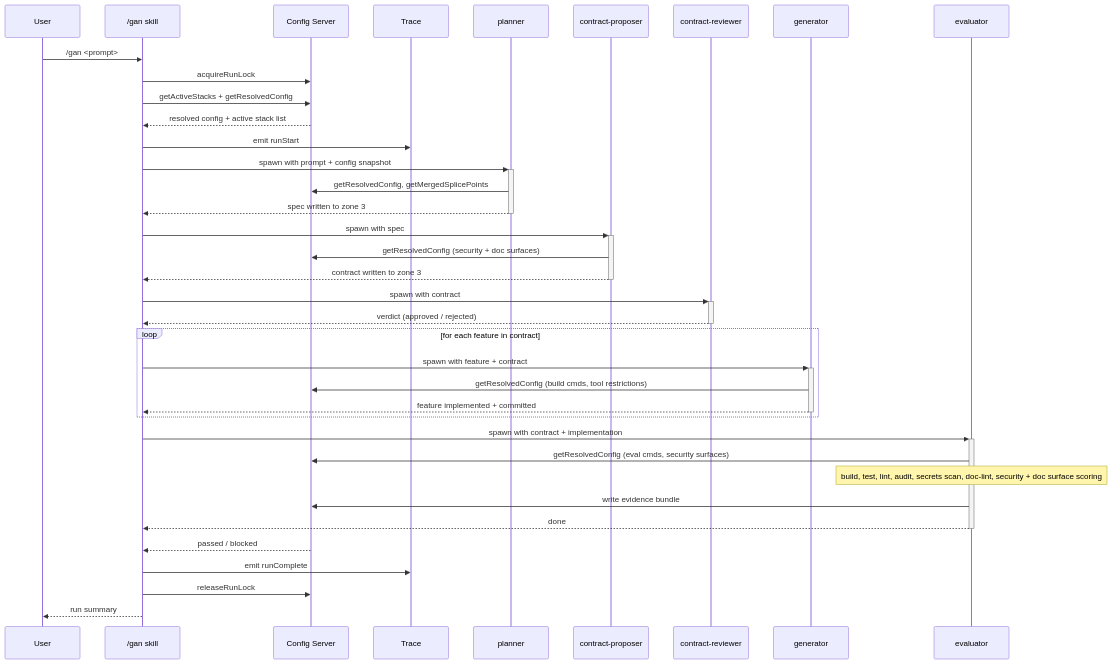
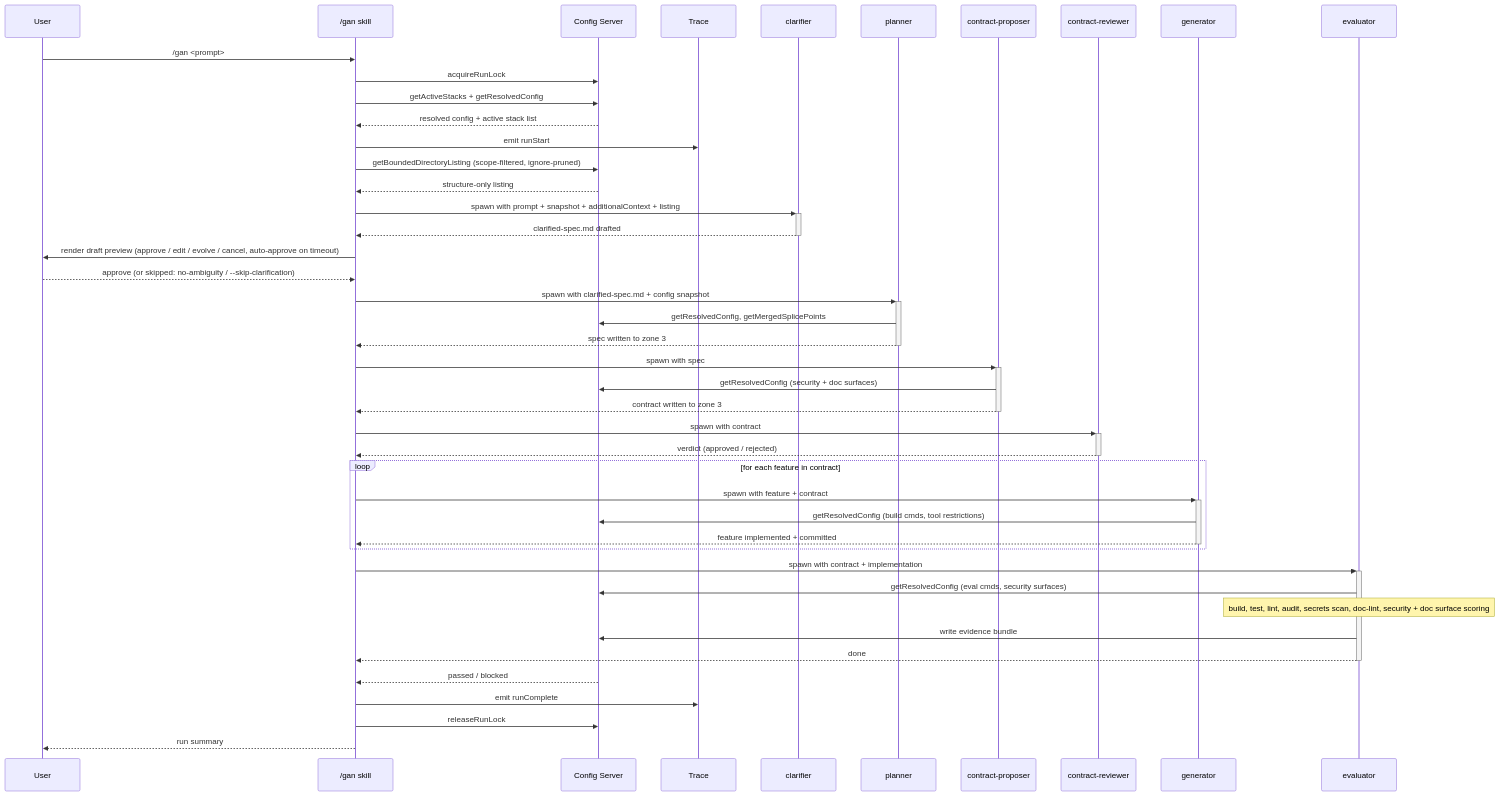
One commit to Thomas-AppForceOne/ClaudeAgents changed the second of 4 diagrams in documentation/system-overview.md. Above: the diagram before and after it, drawn with Mermaid. The commit also changed other lines of this file and 31 other files, not shown here.

First line of the commit message:
E5: spec clarification phase (gan-clarifier) (#30)

````diff
--- a/documentation/system-overview.md
+++ b/documentation/system-overview.md
@@ -74,46 +74,54 @@
 ```mermaid
 sequenceDiagram
     participant U as User
     participant SK as /gan skill
     participant CS as Config Server
     participant TR as Trace
+    participant CL as clarifier
     participant PL as planner
     participant CP as contract-proposer
     participant CR as contract-reviewer
     participant GN as generator
     participant EV as evaluator
 
     U->>SK: /gan <prompt>
     SK->>CS: acquireRunLock
     SK->>CS: getActiveStacks + getResolvedConfig
     CS-->>SK: resolved config + active stack list
     SK->>TR: emit runStart
 
-    SK->>+PL: spawn with prompt + config snapshot
+    SK->>CS: getBoundedDirectoryListing (scope-filtered, ignore-pruned)
+    CS-->>SK: structure-only listing
+    SK->>+CL: spawn with prompt + snapshot + additionalContext + listing
+    CL-->>-SK: clarified-spec.md drafted
+    SK->>U: render draft preview (approve / edit / evolve / cancel, auto-approve on timeout)
+    U-->>SK: approve (or skipped: no-ambiguity / --skip-clarification)
+
+    SK->>+PL: spawn with clarified-spec.md + config snapshot
     PL->>CS: getResolvedConfig, getMergedSplicePoints
     PL-->>-SK: spec written to zone 3
 
     SK->>+CP: spawn with spec
     CP->>CS: getResolvedConfig (security + doc surfaces)
     CP-->>-SK: contract written to zone 3
 
     SK->>+CR: spawn with contract
     CR-->>-SK: verdict (approved / rejected)
 
     loop for each feature in contract
         SK->>+GN: spawn with feature + contract
         GN->>CS: getResolvedConfig (build cmds, tool restrictions)
         GN-->>-SK: feature implemented + committed
     end
 
     SK->>+EV: spawn with contract + implementation
     EV->>CS: getResolvedConfig (eval cmds, security surfaces)
     Note over EV: build, test, lint, audit, secrets scan, doc-lint, security + doc surface scoring
     EV->>CS: write evidence bundle
     EV-->>-SK: done
     CS-->>SK: passed / blocked
 
     SK->>TR: emit runComplete
     SK->>CS: releaseRunLock
     SK-->>U: run summary
 ```
````
